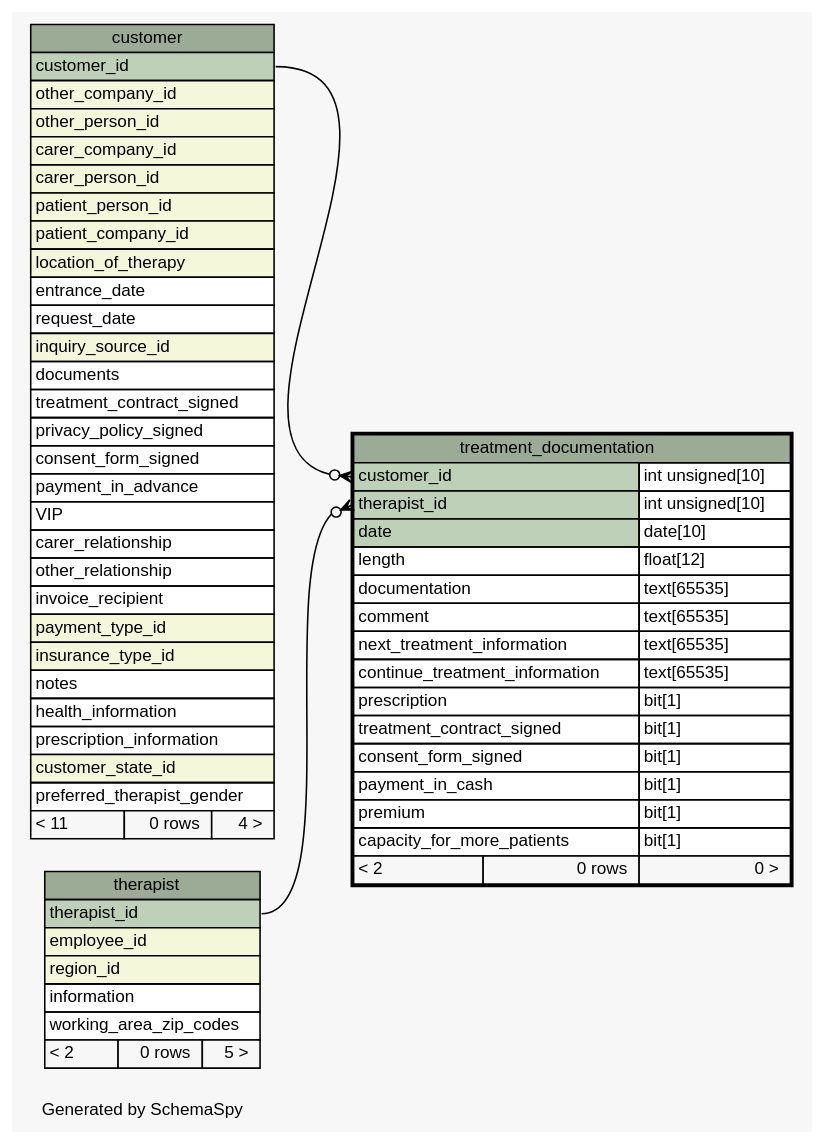
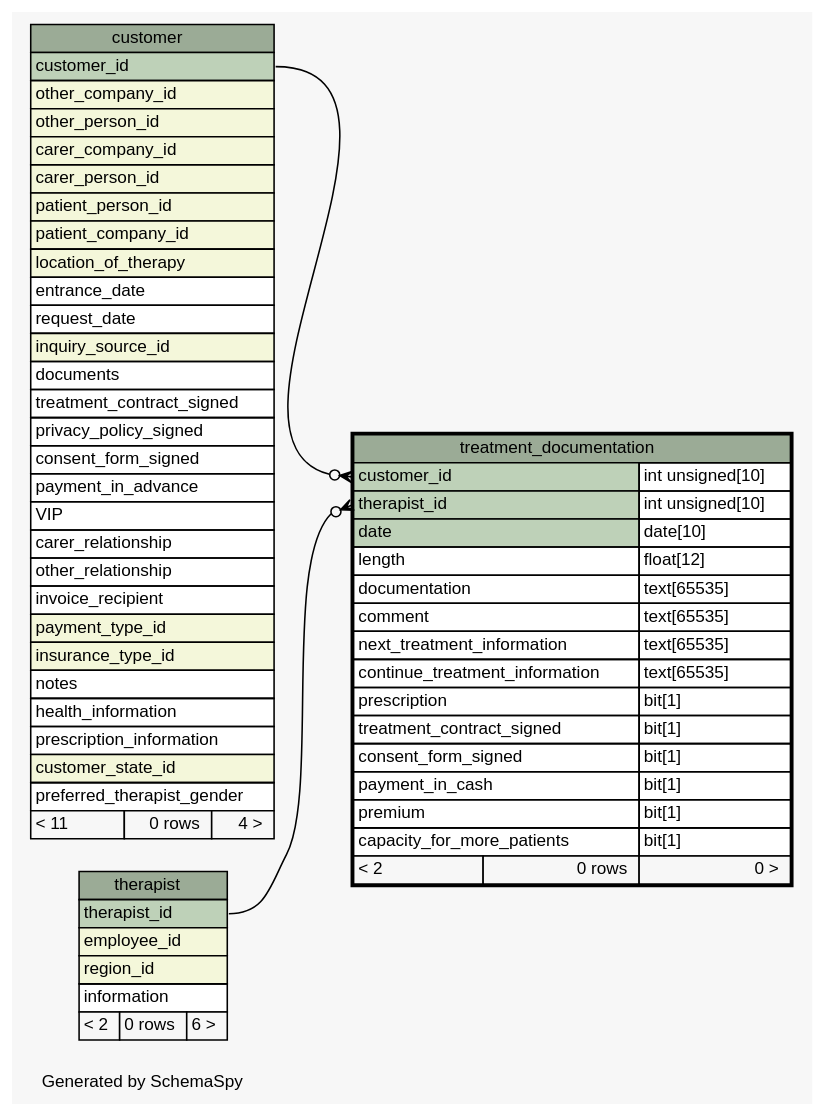
The diagram in diagrams/treatment_documentation.1degree.dot (KaiBMP/KaiBMP.github.io), drawn with Graphviz before and after one commit. The commit also changed 159 other files, not shown here.

Commit message:
schemaspy update

```diff
--- a/diagrams/treatment_documentation.1degree.dot
+++ b/diagrams/treatment_documentation.1degree.dot
@@ -1,97 +1,96 @@
 // dot 2.40.1 on Linux 5.3.0-28-generic
 // SchemaSpy rev 590
 digraph "oneDegreeRelationshipsDiagram" {
   graph [
     rankdir="RL"
     bgcolor="#f7f7f7"
     label="\nGenerated by SchemaSpy"
     labeljust="l"
     nodesep="0.18"
     ranksep="0.46"
     fontname="Helvetica"
     fontsize="11"
   ];
   node [
     fontname="Helvetica"
     fontsize="11"
     shape="plaintext"
   ];
   edge [
     arrowsize="0.8"
   ];
   "treatment_documentation":"customer_id":w -> "customer":"customer_id":e [arrowhead=none dir=back arrowtail=crowodot];
   "treatment_documentation":"therapist_id":w -> "therapist":"therapist_id":e [arrowhead=none dir=back arrowtail=crowodot];
   "customer" [
     label=<
     <TABLE BORDER="0" CELLBORDER="1" CELLSPACING="0" BGCOLOR="#ffffff">
       <TR><TD COLSPAN="3" BGCOLOR="#9bab96" ALIGN="CENTER">customer</TD></TR>
       <TR><TD PORT="customer_id" COLSPAN="3" BGCOLOR="#bed1b8" ALIGN="LEFT">customer_id</TD></TR>
       <TR><TD PORT="other_company_id" COLSPAN="3" BGCOLOR="#f4f7da" ALIGN="LEFT">other_company_id</TD></TR>
       <TR><TD PORT="other_person_id" COLSPAN="3" BGCOLOR="#f4f7da" ALIGN="LEFT">other_person_id</TD></TR>
       <TR><TD PORT="carer_company_id" COLSPAN="3" BGCOLOR="#f4f7da" ALIGN="LEFT">carer_company_id</TD></TR>
       <TR><TD PORT="carer_person_id" COLSPAN="3" BGCOLOR="#f4f7da" ALIGN="LEFT">carer_person_id</TD></TR>
       <TR><TD PORT="patient_person_id" COLSPAN="3" BGCOLOR="#f4f7da" ALIGN="LEFT">patient_person_id</TD></TR>
       <TR><TD PORT="patient_company_id" COLSPAN="3" BGCOLOR="#f4f7da" ALIGN="LEFT">patient_company_id</TD></TR>
       <TR><TD PORT="location_of_therapy" COLSPAN="3" BGCOLOR="#f4f7da" ALIGN="LEFT">location_of_therapy</TD></TR>
       <TR><TD PORT="entrance_date" COLSPAN="3" ALIGN="LEFT">entrance_date</TD></TR>
       <TR><TD PORT="request_date" COLSPAN="3" ALIGN="LEFT">request_date</TD></TR>
       <TR><TD PORT="inquiry_source_id" COLSPAN="3" BGCOLOR="#f4f7da" ALIGN="LEFT">inquiry_source_id</TD></TR>
       <TR><TD PORT="documents" COLSPAN="3" ALIGN="LEFT">documents</TD></TR>
       <TR><TD PORT="treatment_contract_signed" COLSPAN="3" ALIGN="LEFT">treatment_contract_signed</TD></TR>
       <TR><TD PORT="privacy_policy_signed" COLSPAN="3" ALIGN="LEFT">privacy_policy_signed</TD></TR>
       <TR><TD PORT="consent_form_signed" COLSPAN="3" ALIGN="LEFT">consent_form_signed</TD></TR>
       <TR><TD PORT="payment_in_advance" COLSPAN="3" ALIGN="LEFT">payment_in_advance</TD></TR>
       <TR><TD PORT="VIP" COLSPAN="3" ALIGN="LEFT">VIP</TD></TR>
       <TR><TD PORT="carer_relationship" COLSPAN="3" ALIGN="LEFT">carer_relationship</TD></TR>
       <TR><TD PORT="other_relationship" COLSPAN="3" ALIGN="LEFT">other_relationship</TD></TR>
       <TR><TD PORT="invoice_recipient" COLSPAN="3" ALIGN="LEFT">invoice_recipient</TD></TR>
       <TR><TD PORT="payment_type_id" COLSPAN="3" BGCOLOR="#f4f7da" ALIGN="LEFT">payment_type_id</TD></TR>
       <TR><TD PORT="insurance_type_id" COLSPAN="3" BGCOLOR="#f4f7da" ALIGN="LEFT">insurance_type_id</TD></TR>
       <TR><TD PORT="notes" COLSPAN="3" ALIGN="LEFT">notes</TD></TR>
       <TR><TD PORT="health_information" COLSPAN="3" ALIGN="LEFT">health_information</TD></TR>
       <TR><TD PORT="prescription_information" COLSPAN="3" ALIGN="LEFT">prescription_information</TD></TR>
       <TR><TD PORT="customer_state_id" COLSPAN="3" BGCOLOR="#f4f7da" ALIGN="LEFT">customer_state_id</TD></TR>
       <TR><TD PORT="preferred_therapist_gender" COLSPAN="3" ALIGN="LEFT">preferred_therapist_gender</TD></TR>
       <TR><TD ALIGN="LEFT" BGCOLOR="#f7f7f7">&lt; 11</TD><TD ALIGN="RIGHT" BGCOLOR="#f7f7f7">0 rows</TD><TD ALIGN="RIGHT" BGCOLOR="#f7f7f7">4 &gt;</TD></TR>
     </TABLE>>
     URL="customer.html"
     tooltip="customer"
   ];
   "therapist" [
     label=<
     <TABLE BORDER="0" CELLBORDER="1" CELLSPACING="0" BGCOLOR="#ffffff">
       <TR><TD COLSPAN="3" BGCOLOR="#9bab96" ALIGN="CENTER">therapist</TD></TR>
       <TR><TD PORT="therapist_id" COLSPAN="3" BGCOLOR="#bed1b8" ALIGN="LEFT">therapist_id</TD></TR>
       <TR><TD PORT="employee_id" COLSPAN="3" BGCOLOR="#f4f7da" ALIGN="LEFT">employee_id</TD></TR>
       <TR><TD PORT="region_id" COLSPAN="3" BGCOLOR="#f4f7da" ALIGN="LEFT">region_id</TD></TR>
       <TR><TD PORT="information" COLSPAN="3" ALIGN="LEFT">information</TD></TR>
-      <TR><TD PORT="working_area_zip_codes" COLSPAN="3" ALIGN="LEFT">working_area_zip_codes</TD></TR>
-      <TR><TD ALIGN="LEFT" BGCOLOR="#f7f7f7">&lt; 2</TD><TD ALIGN="RIGHT" BGCOLOR="#f7f7f7">0 rows</TD><TD ALIGN="RIGHT" BGCOLOR="#f7f7f7">5 &gt;</TD></TR>
+      <TR><TD ALIGN="LEFT" BGCOLOR="#f7f7f7">&lt; 2</TD><TD ALIGN="RIGHT" BGCOLOR="#f7f7f7">0 rows</TD><TD ALIGN="RIGHT" BGCOLOR="#f7f7f7">6 &gt;</TD></TR>
     </TABLE>>
     URL="therapist.html"
     tooltip="therapist"
   ];
   "treatment_documentation" [
     label=<
     <TABLE BORDER="2" CELLBORDER="1" CELLSPACING="0" BGCOLOR="#ffffff">
       <TR><TD COLSPAN="3" BGCOLOR="#9bab96" ALIGN="CENTER">treatment_documentation</TD></TR>
       <TR><TD PORT="customer_id" COLSPAN="2" BGCOLOR="#bed1b8" ALIGN="LEFT">customer_id</TD><TD PORT="customer_id.type" ALIGN="LEFT">int unsigned[10]</TD></TR>
       <TR><TD PORT="therapist_id" COLSPAN="2" BGCOLOR="#bed1b8" ALIGN="LEFT">therapist_id</TD><TD PORT="therapist_id.type" ALIGN="LEFT">int unsigned[10]</TD></TR>
       <TR><TD PORT="date" COLSPAN="2" BGCOLOR="#bed1b8" ALIGN="LEFT">date</TD><TD PORT="date.type" ALIGN="LEFT">date[10]</TD></TR>
       <TR><TD PORT="length" COLSPAN="2" ALIGN="LEFT">length</TD><TD PORT="length.type" ALIGN="LEFT">float[12]</TD></TR>
       <TR><TD PORT="documentation" COLSPAN="2" ALIGN="LEFT">documentation</TD><TD PORT="documentation.type" ALIGN="LEFT">text[65535]</TD></TR>
       <TR><TD PORT="comment" COLSPAN="2" ALIGN="LEFT">comment</TD><TD PORT="comment.type" ALIGN="LEFT">text[65535]</TD></TR>
       <TR><TD PORT="next_treatment_information" COLSPAN="2" ALIGN="LEFT">next_treatment_information</TD><TD PORT="next_treatment_information.type" ALIGN="LEFT">text[65535]</TD></TR>
       <TR><TD PORT="continue_treatment_information" COLSPAN="2" ALIGN="LEFT">continue_treatment_information</TD><TD PORT="continue_treatment_information.type" ALIGN="LEFT">text[65535]</TD></TR>
       <TR><TD PORT="prescription" COLSPAN="2" ALIGN="LEFT">prescription</TD><TD PORT="prescription.type" ALIGN="LEFT">bit[1]</TD></TR>
       <TR><TD PORT="treatment_contract_signed" COLSPAN="2" ALIGN="LEFT">treatment_contract_signed</TD><TD PORT="treatment_contract_signed.type" ALIGN="LEFT">bit[1]</TD></TR>
       <TR><TD PORT="consent_form_signed" COLSPAN="2" ALIGN="LEFT">consent_form_signed</TD><TD PORT="consent_form_signed.type" ALIGN="LEFT">bit[1]</TD></TR>
       <TR><TD PORT="payment_in_cash" COLSPAN="2" ALIGN="LEFT">payment_in_cash</TD><TD PORT="payment_in_cash.type" ALIGN="LEFT">bit[1]</TD></TR>
       <TR><TD PORT="premium" COLSPAN="2" ALIGN="LEFT">premium</TD><TD PORT="premium.type" ALIGN="LEFT">bit[1]</TD></TR>
       <TR><TD PORT="capacity_for_more_patients" COLSPAN="2" ALIGN="LEFT">capacity_for_more_patients</TD><TD PORT="capacity_for_more_patients.type" ALIGN="LEFT">bit[1]</TD></TR>
       <TR><TD ALIGN="LEFT" BGCOLOR="#f7f7f7">&lt; 2</TD><TD ALIGN="RIGHT" BGCOLOR="#f7f7f7">0 rows</TD><TD ALIGN="RIGHT" BGCOLOR="#f7f7f7">0 &gt;</TD></TR>
     </TABLE>>
     URL="treatment_documentation.html"
     tooltip="treatment_documentation"
   ];
 }
```
